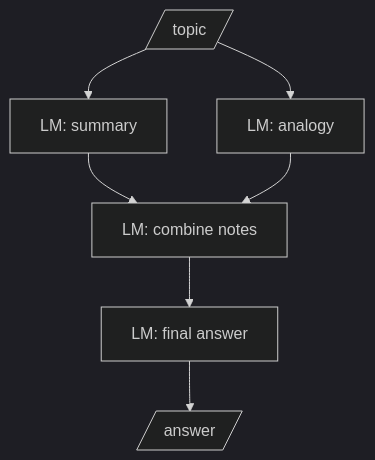
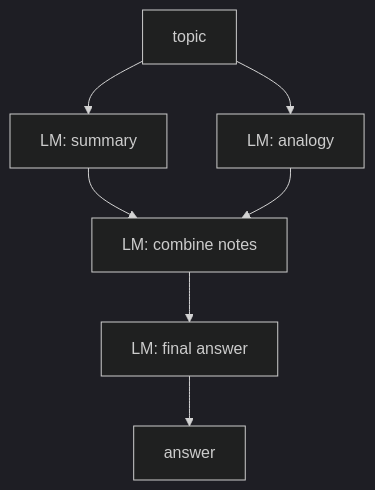
One commit to ASEM000/autoform changed the diagram in docs/recipes/concurrent-pipeline.md. Above: the diagram before and after it, drawn with Mermaid (dark theme). The commit also changed 5 other files, not shown here.

Commit message:
docs: normalize mermaid

````diff
--- a/docs/recipes/concurrent-pipeline.md
+++ b/docs/recipes/concurrent-pipeline.md
@@ -54,9 +54,9 @@
 ```{mermaid}
 flowchart TD
-    topic[/topic/] --> summary["LM: summary"]
+    topic["topic"] --> summary["LM: summary"]
     topic --> analogy["LM: analogy"]
     summary --> join["LM: combine notes"]
     analogy --> join
     join --> final["LM: final answer"]
-    final --> output[/answer/]
+    final --> answer["answer"]
 ```
````
